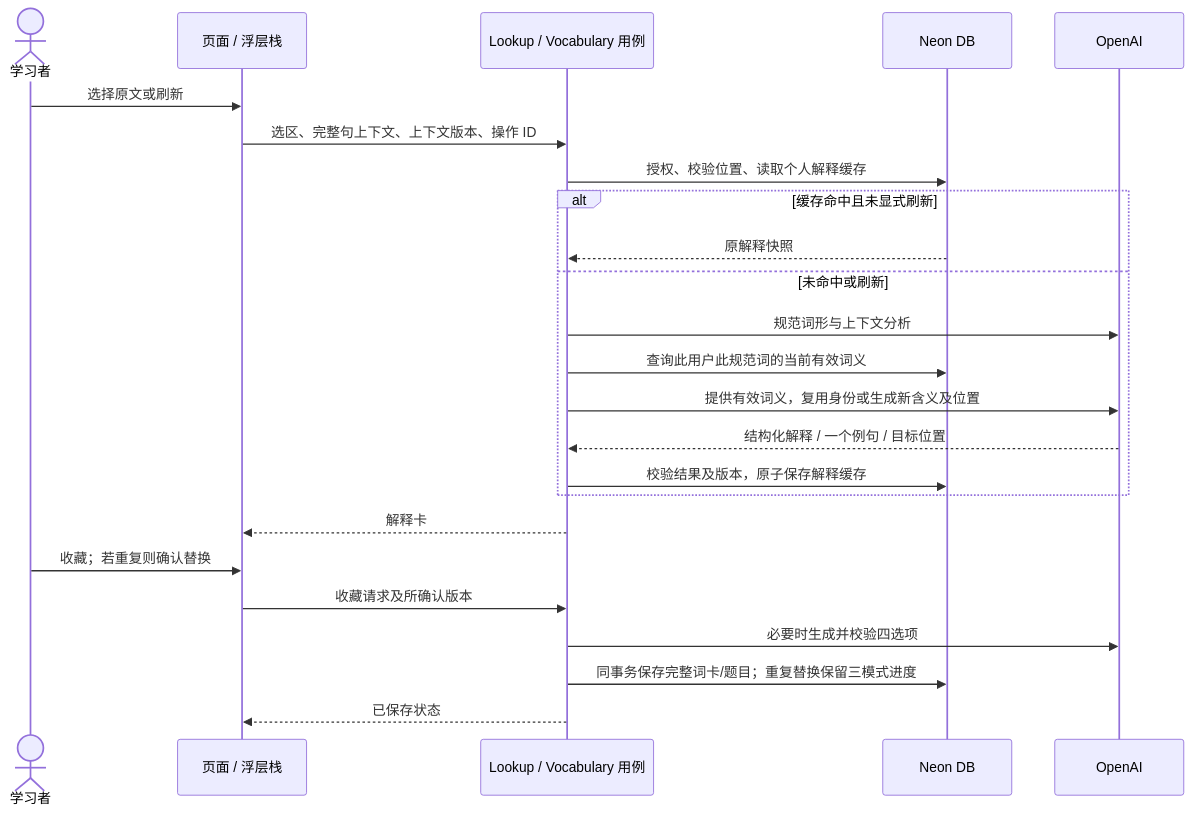
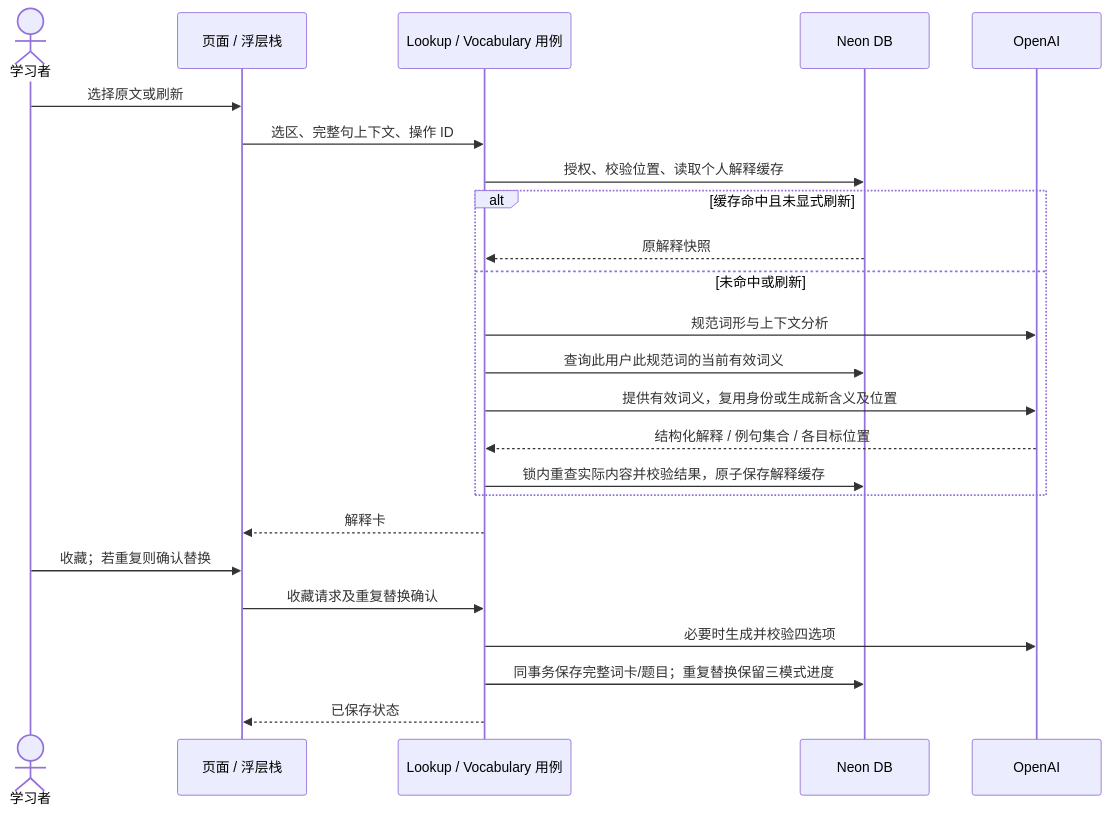
The fourth of 6 diagrams in docs/architecture/overview.md (juanchaopan/lingocurrent), drawn with Mermaid before and after one commit. The commit also changed other lines of this file and 44 other files, not shown here.

````diff
--- a/docs/architecture/overview.md
+++ b/docs/architecture/overview.md
@@ -134,26 +142,26 @@
 ```mermaid
 sequenceDiagram
   actor U as 学习者
   participant W as 页面 / 浮层栈
   participant A as Lookup / Vocabulary 用例
   participant D as Neon DB
   participant I as OpenAI
   U->>W: 选择原文或刷新
-  W->>A: 选区、完整句上下文、上下文版本、操作 ID
+  W->>A: 选区、完整句上下文、操作 ID
   A->>D: 授权、校验位置、读取个人解释缓存
   alt 缓存命中且未显式刷新
     D-->>A: 原解释快照
   else 未命中或刷新
     A->>I: 规范词形与上下文分析
     A->>D: 查询此用户此规范词的当前有效词义
     A->>I: 提供有效词义，复用身份或生成新含义及位置
-    I-->>A: 结构化解释 / 一个例句 / 目标位置
-    A->>D: 校验结果及版本，原子保存解释缓存
+    I-->>A: 结构化解释 / 例句集合 / 各目标位置
+    A->>D: 锁内重查实际内容并校验结果，原子保存解释缓存
   end
   A-->>W: 解释卡
   U->>W: 收藏；若重复则确认替换
-  W->>A: 收藏请求及所确认版本
+  W->>A: 收藏请求及重复替换确认
   A->>I: 必要时生成并校验四选项
   A->>D: 同事务保存完整词卡/题目；重复替换保留三模式进度
   A-->>W: 已保存状态
 ```
````
